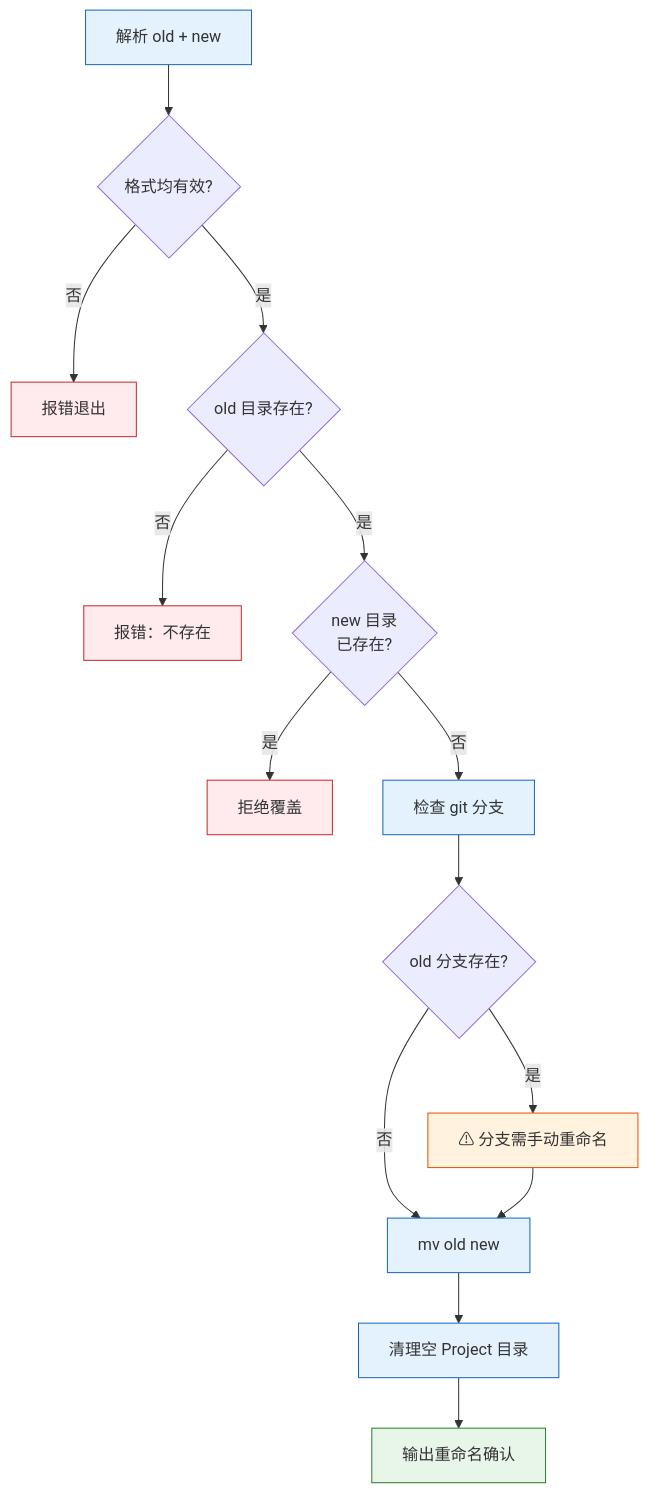
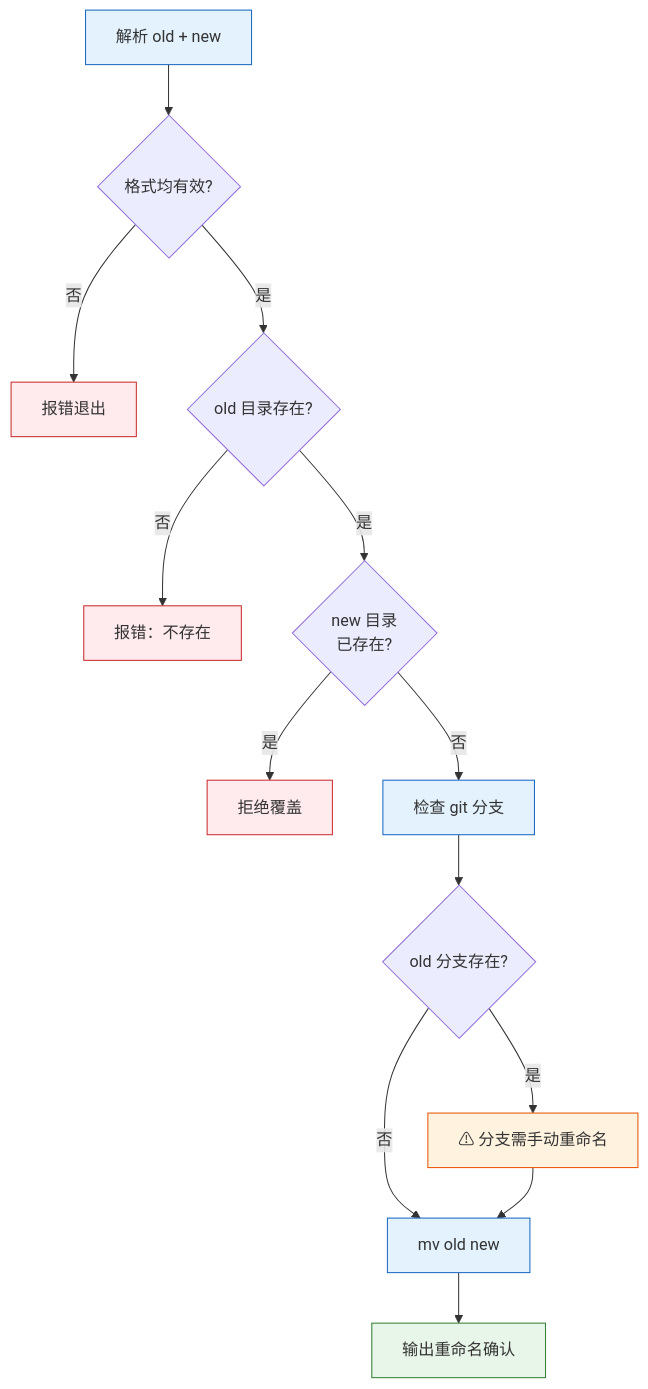
One commit to effiy/YrY changed the tenth of 13 diagrams in skills/rui-story/SKILL.md. Above: the diagram before and after it, drawn with Mermaid. The commit also changed other lines of this file and 22 other files, not shown here.

````diff
--- a/skills/rui-story/SKILL.md
+++ b/skills/rui-story/SKILL.md
@@ -259,21 +257,20 @@
 ```mermaid
 flowchart TD
     PARSE["解析 old + new"]:::op --> VALID{"格式均有效?"}
     VALID -->|"否"| ERR1["报错退出"]:::bad
     VALID -->|"是"| EXIST{"old 目录存在?"}
     EXIST -->|"否"| ERR2["报错：不存在"]:::bad
     EXIST -->|"是"| CONFLICT{"new 目录<br/>已存在?"}
     CONFLICT -->|"是"| ERR3["拒绝覆盖"]:::bad
     CONFLICT -->|"否"| BRANCH["检查 git 分支"]:::op
     BRANCH --> WARN{"old 分支存在?"}
     WARN -->|"是"| WARNMSG["⚠ 分支需手动重命名"]:::warn
     WARN -->|"否"| MV
     WARNMSG --> MV["mv old new"]:::op
-    MV --> CLEAN["清理空 Project 目录"]:::op
-    CLEAN --> DONE["输出重命名确认"]:::out
+    MV --> DONE["输出重命名确认"]:::out
 
     classDef op fill:#e3f2fd,stroke:#1565c0;
     classDef out fill:#e8f5e9,stroke:#2e7d32;
     classDef bad fill:#ffebee,stroke:#c62828;
     classDef warn fill:#fff3e0,stroke:#e65100;
 ```
````
